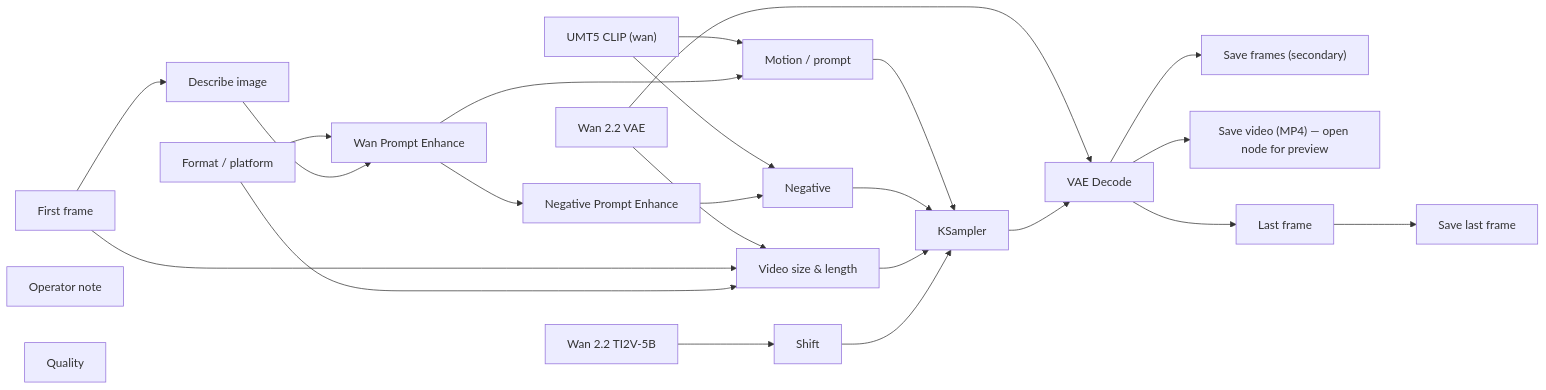
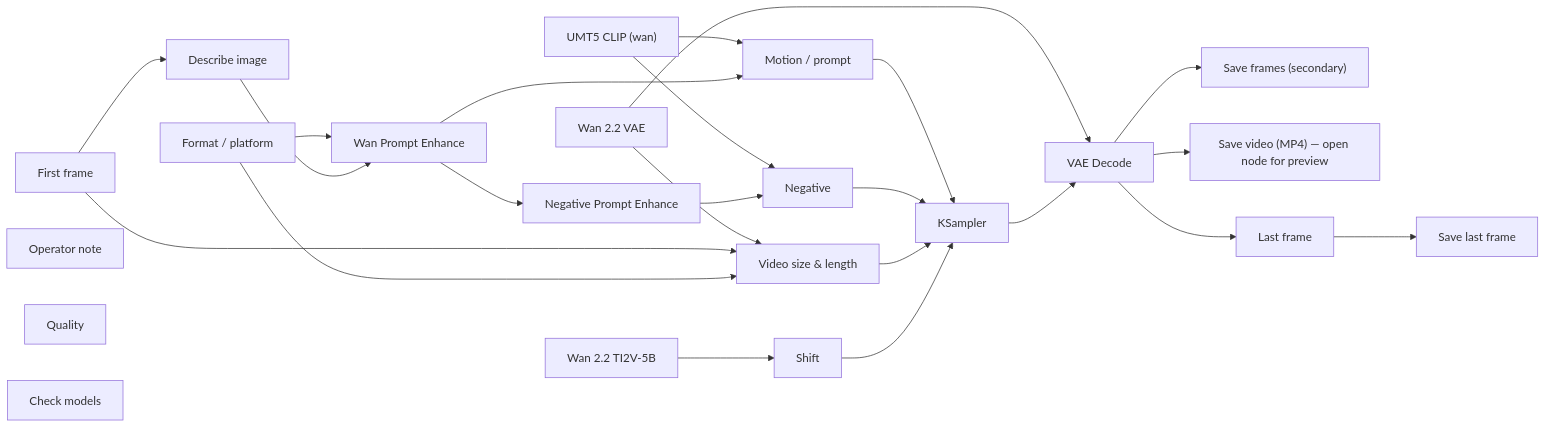
One commit to toxicoder/ez-comfy-stack changed the diagram in docs/generated/workflows/motion/silent/still-to-shot.md. Above: the diagram before and after it, drawn with Mermaid. The commit also changed other lines of this file and 1106 other files, not shown here.

First line of the commit message:
feat: add Check models node to every lab App

````diff
--- a/docs/generated/workflows/motion/silent/still-to-shot.md
+++ b/docs/generated/workflows/motion/silent/still-to-shot.md
@@ -68,45 +68,46 @@
 ```mermaid
 flowchart LR
   N1["Wan 2.2 TI2V-5B"]
   N2["UMT5 CLIP (wan)"]
   N3["Wan 2.2 VAE"]
   N4["First frame"]
   N6["Motion / prompt"]
   N7["Negative"]
   N8["Video size & length"]
   N9["Shift"]
   N10["KSampler"]
   N11["VAE Decode"]
   N12["Save frames (secondary)"]
   N13["Save video (MP4) — open node for preview"]
   N14["Operator note"]
   N15["Last frame"]
   N16["Save last frame"]
   N17["Wan Prompt Enhance"]
   N18["Negative Prompt Enhance"]
   N19["Quality"]
   N20["Format / platform"]
   N21["Describe image"]
+  N22["Check models"]
   N1 --> N9
   N2 --> N6
   N2 --> N7
   N3 --> N8
   N3 --> N11
   N4 --> N8
   N4 --> N21
   N6 --> N10
   N7 --> N10
   N8 --> N10
   N9 --> N10
   N10 --> N11
   N11 --> N12
   N11 --> N13
   N11 --> N15
   N15 --> N16
   N17 --> N6
   N17 --> N18
   N18 --> N7
   N20 --> N8
   N20 --> N17
   N21 --> N17
 ```
````
